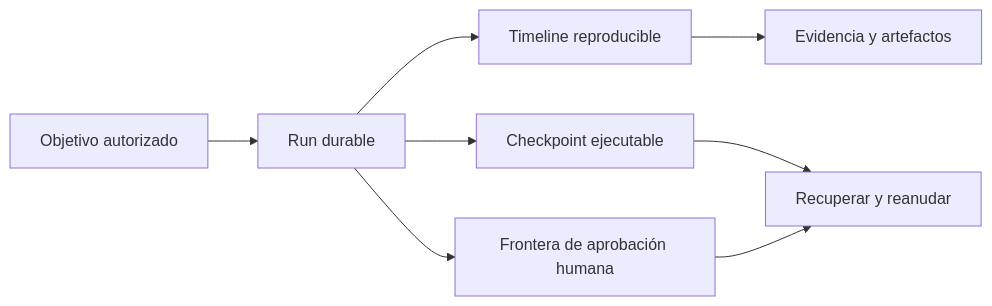
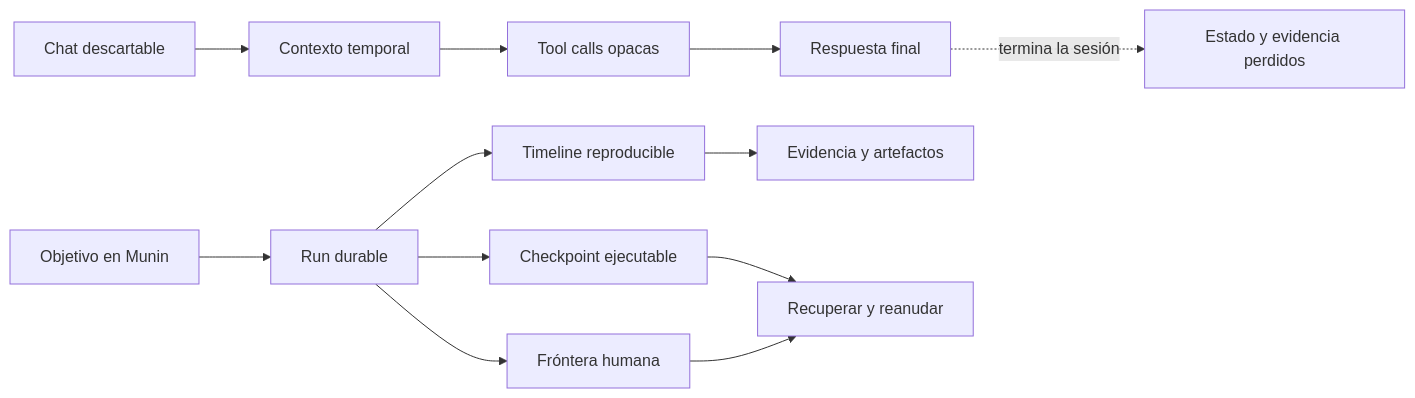
One commit to PrinceOfPwn/Munin changed the second of 5 diagrams in README.es.md. Above: the diagram before and after it, drawn with Mermaid. The commit also changed other lines of this file, not shown here.

````diff
--- a/README.es.md
+++ b/README.es.md
@@ -34,10 +67,15 @@
 ```mermaid
 flowchart LR
-    Objetivo[Objetivo autorizado] --> Run[Run durable]
-    Run --> Eventos[Timeline reproducible]
-    Run --> Aprobacion[Frontera de aprobación humana]
+    Chat[Chat descartable] --> Temporal[Contexto temporal]
+    Temporal --> Opaco[Tool calls opacas]
+    Opaco --> Respuesta[Respuesta final]
+    Respuesta -. termina la sesión .-> Perdido[Estado y evidencia perdidos]
+
+    Objetivo[Objetivo en Munin] --> Run[Run durable]
+    Run --> Timeline[Timeline reproducible]
+    Run --> Aprobacion[Fróntera humana]
     Run --> Checkpoint[Checkpoint ejecutable]
-    Eventos --> Evidencia[Evidencia y artefactos]
+    Timeline --> Evidencia[Evidencia y artefactos]
     Checkpoint --> Reanudar[Recuperar y reanudar]
     Aprobacion --> Reanudar
 ```
````
